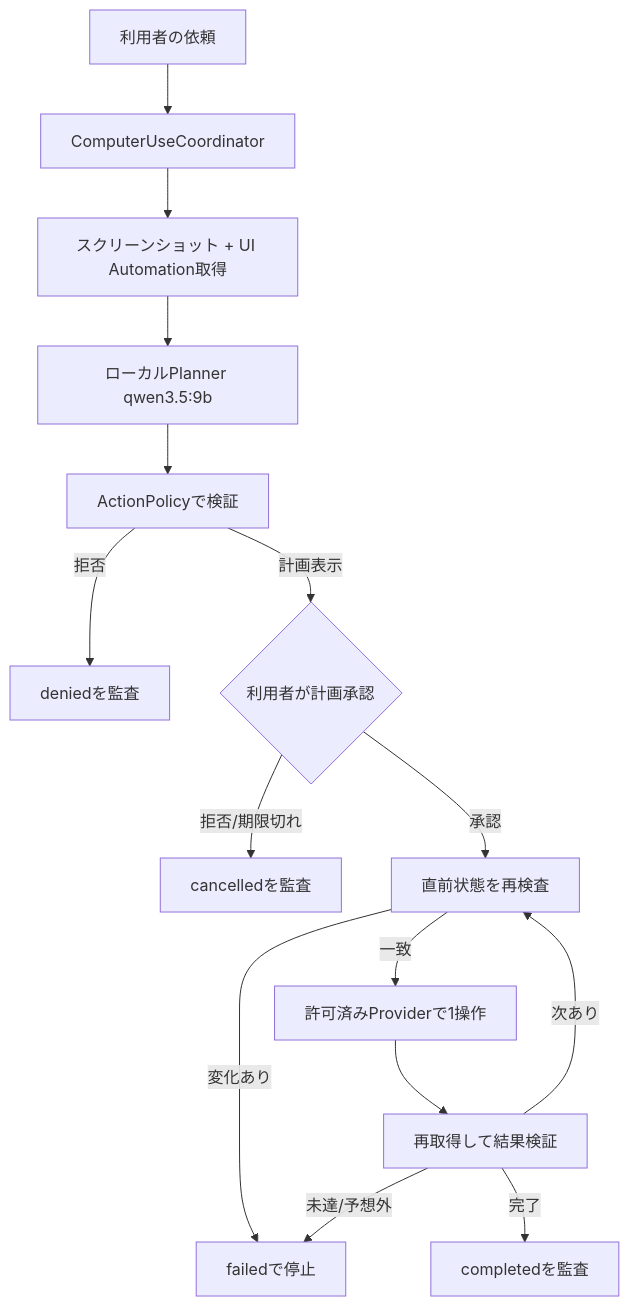
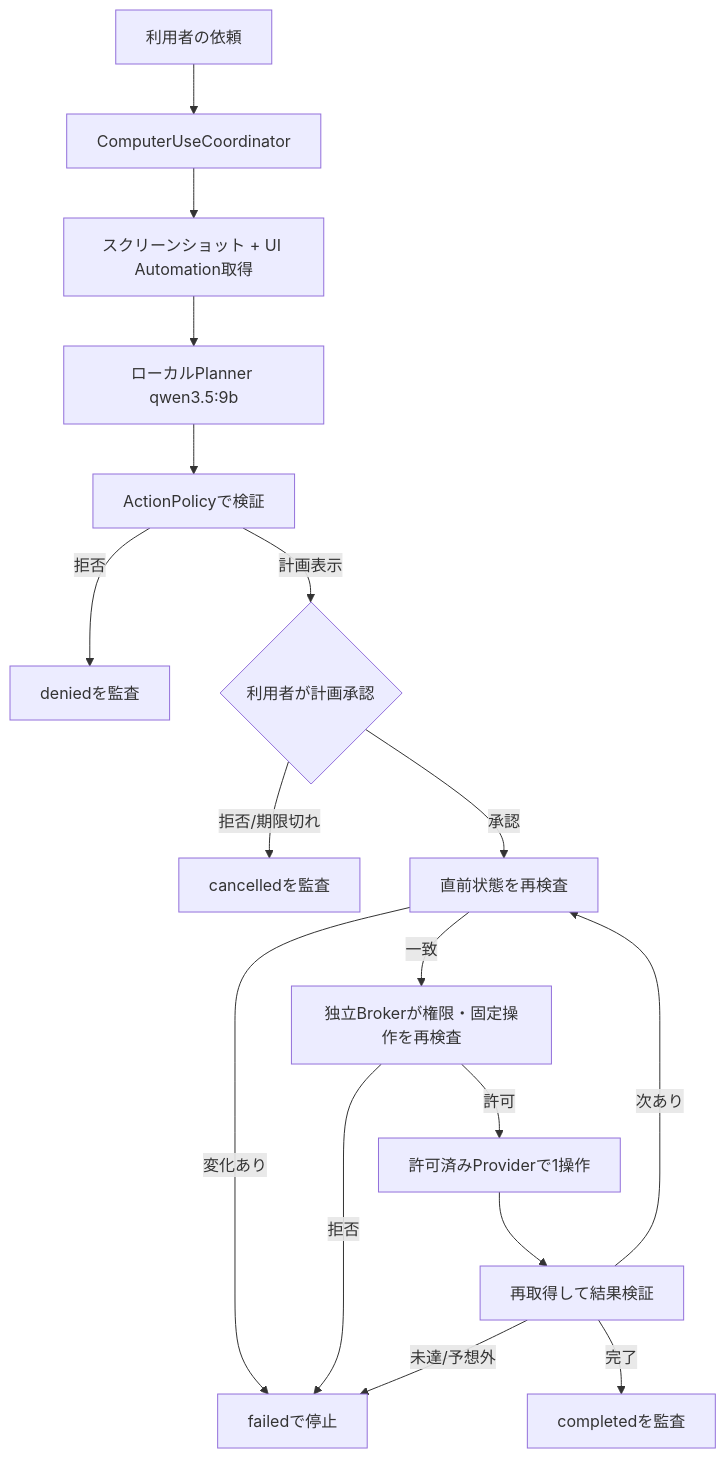
Before and after one commit to mama-116/local-ai-workbench-starter: the first of 2 diagrams in docs/COMPUTER_USE_DESIGN.md, drawn with Mermaid. The commit also changed other lines of this file and 32 other files, not shown here.

````diff
--- a/docs/COMPUTER_USE_DESIGN.md
+++ b/docs/COMPUTER_USE_DESIGN.md
@@ -71,17 +80,19 @@
 ```mermaid
 flowchart TD
     U[利用者の依頼] --> C[ComputerUseCoordinator]
     C --> O[スクリーンショット + UI Automation取得]
     O --> P[ローカルPlanner qwen3.5:9b]
     P --> V[ActionPolicyで検証]
     V -->|拒否| D[deniedを監査]
     V -->|計画表示| A{利用者が計画承認}
     A -->|拒否/期限切れ| X[cancelledを監査]
     A -->|承認| R[直前状態を再検査]
     R -->|変化あり| F[failedで停止]
-    R -->|一致| E[許可済みProviderで1操作]
+    R -->|一致| B[独立Brokerが権限・固定操作を再検査]
+    B -->|拒否| F
+    B -->|許可| E[許可済みProviderで1操作]
     E --> O2[再取得して結果検証]
     O2 -->|未達/予想外| F
     O2 -->|次あり| R
     O2 -->|完了| Z[completedを監査]
 ```
````
